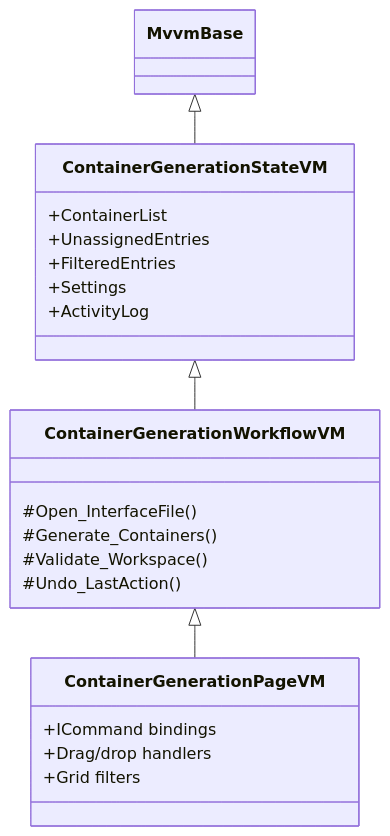
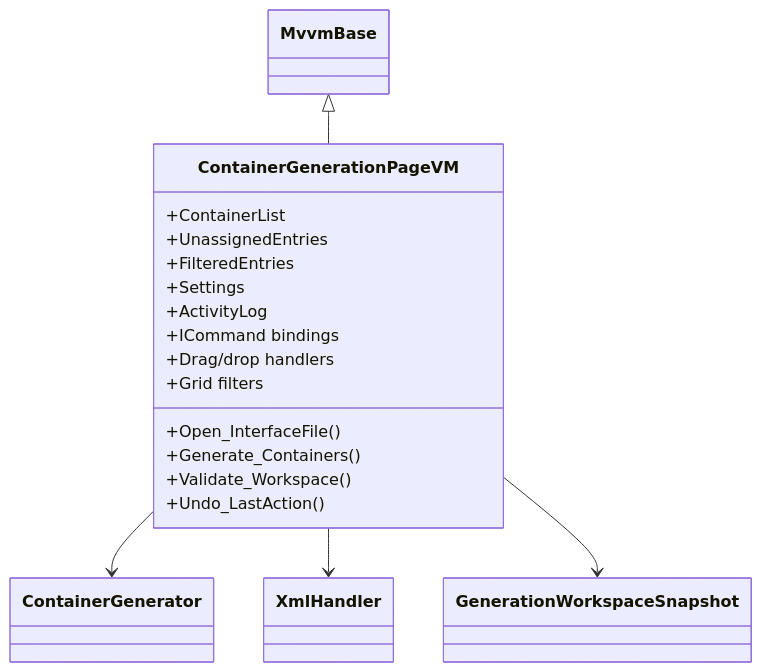
One commit to Marbest4/VIBN_Tools_App changed the third of 5 diagrams in docs/ARCHITECTURE_DIAGRAMS.md. Above: the diagram before and after it, drawn with Mermaid. The commit also changed other lines of this file and 24 other files, not shown here.

Commit message:
restore container workflow and consolidate TIA hardware

````diff
--- a/docs/ARCHITECTURE_DIAGRAMS.md
+++ b/docs/ARCHITECTURE_DIAGRAMS.md
@@ -33,24 +33,21 @@
 ```mermaid
 classDiagram
-    MvvmBase <|-- ContainerGenerationStateVM
-    ContainerGenerationStateVM <|-- ContainerGenerationWorkflowVM
-    ContainerGenerationWorkflowVM <|-- ContainerGenerationPageVM
-    class ContainerGenerationStateVM {
+    MvvmBase <|-- ContainerGenerationPageVM
+    ContainerGenerationPageVM --> ContainerGenerator
+    ContainerGenerationPageVM --> XmlHandler
+    ContainerGenerationPageVM --> GenerationWorkspaceSnapshot
+    class ContainerGenerationPageVM {
       +ContainerList
       +UnassignedEntries
       +FilteredEntries
       +Settings
       +ActivityLog
-    }
-    class ContainerGenerationWorkflowVM {
-      #Open_InterfaceFile()
-      #Generate_Containers()
-      #Validate_Workspace()
-      #Undo_LastAction()
-    }
-    class ContainerGenerationPageVM {
       +ICommand bindings
       +Drag/drop handlers
       +Grid filters
+      +Open_InterfaceFile()
+      +Generate_Containers()
+      +Validate_Workspace()
+      +Undo_LastAction()
     }
 ```
````
